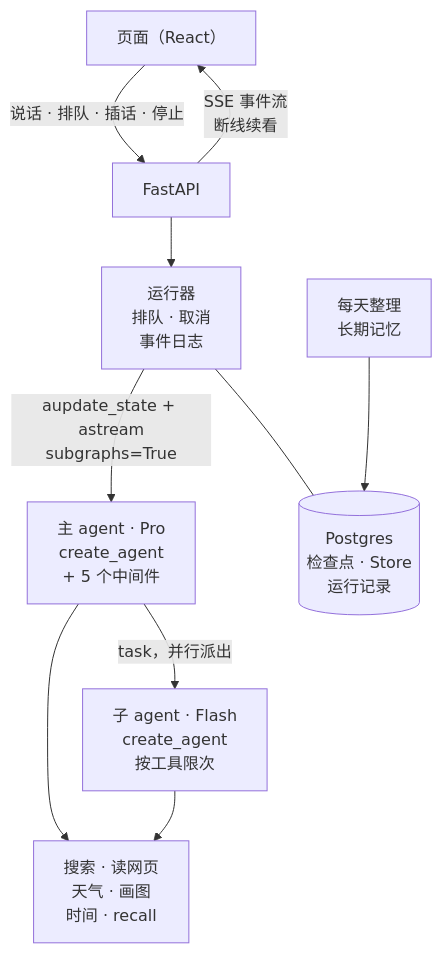
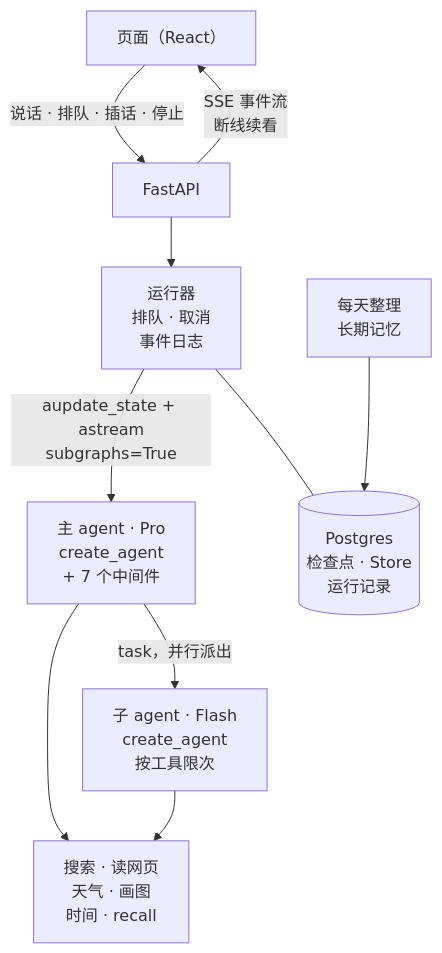
Before and after one commit to HyxiaoGe/LingDraft: the diagram in README.md, drawn with Mermaid. The commit also changed other lines of this file and 11 other files, not shown here.

````diff
--- a/README.md
+++ b/README.md
@@ -11,12 +11,12 @@
 ```mermaid
 flowchart TB
     UI["页面（React）"] -- "说话 · 排队 · 插话 · 停止" --> API["FastAPI"]
     API -- "SSE 事件流<br/>断线续看" --> UI
     API --> Runner["运行器<br/>排队 · 取消<br/>事件日志"]
-    Runner -- "aupdate_state + astream<br/>subgraphs=True" --> Main["主 agent · Pro<br/>create_agent<br/>+ 5 个中间件"]
+    Runner -- "aupdate_state + astream<br/>subgraphs=True" --> Main["主 agent · Pro<br/>create_agent<br/>+ 7 个中间件"]
     Main -- "task，并行派出" --> Sub["子 agent · Flash<br/>create_agent<br/>按工具限次"]
     Main --> Tools["搜索 · 读网页<br/>天气 · 画图<br/>时间 · recall"]
     Sub --> Tools
     Runner --- PG[("Postgres<br/>检查点 · Store<br/>运行记录")]
     Dream["每天整理<br/>长期记忆"] --> PG
 ```
````
